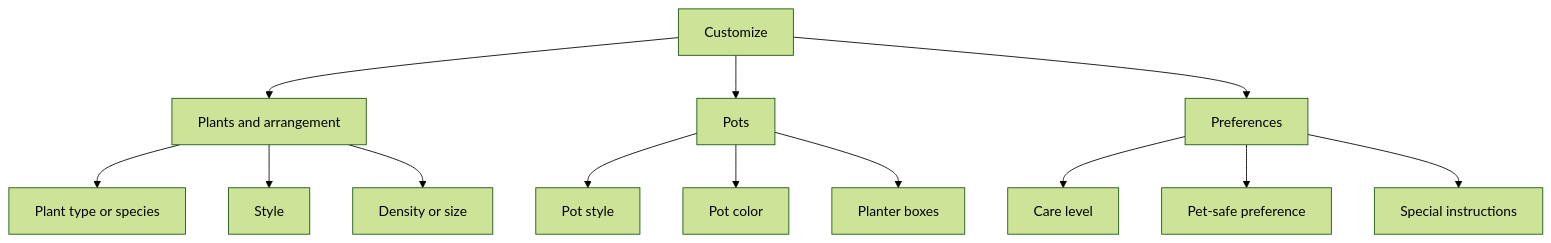
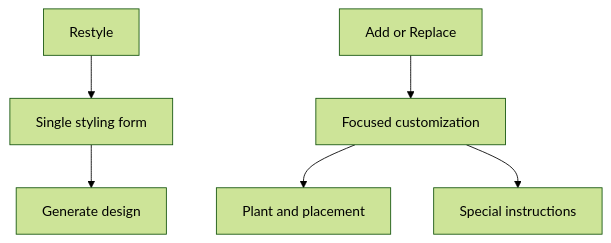
One commit to tpmorg/planteriors-ai changed the second of 2 diagrams in docs/image-capture-refactor-plan.md. Above: the diagram before and after it, drawn with Mermaid (forest theme). The commit also changed other lines of this file and 20 other files, not shown here.

````diff
--- a/docs/image-capture-refactor-plan.md
+++ b/docs/image-capture-refactor-plan.md
@@ -159,15 +159,8 @@
 ```mermaid
 flowchart TD
-    A[Customize] --> B[Plants and arrangement]
-    A --> C[Pots]
-    A --> D[Preferences]
-    B --> E[Plant type or species]
-    B --> F[Style]
-    B --> G[Density or size]
-    C --> H[Pot style]
-    C --> I[Pot color]
-    C --> J[Planter boxes]
-    D --> K[Care level]
-    D --> L[Pet-safe preference]
-    D --> M[Special instructions]
+    A[Restyle] --> B[Single styling form]
+    B --> C[Generate design]
+    D[Add or Replace] --> E[Focused customization]
+    E --> F[Plant and placement]
+    E --> G[Special instructions]
 ```
````
